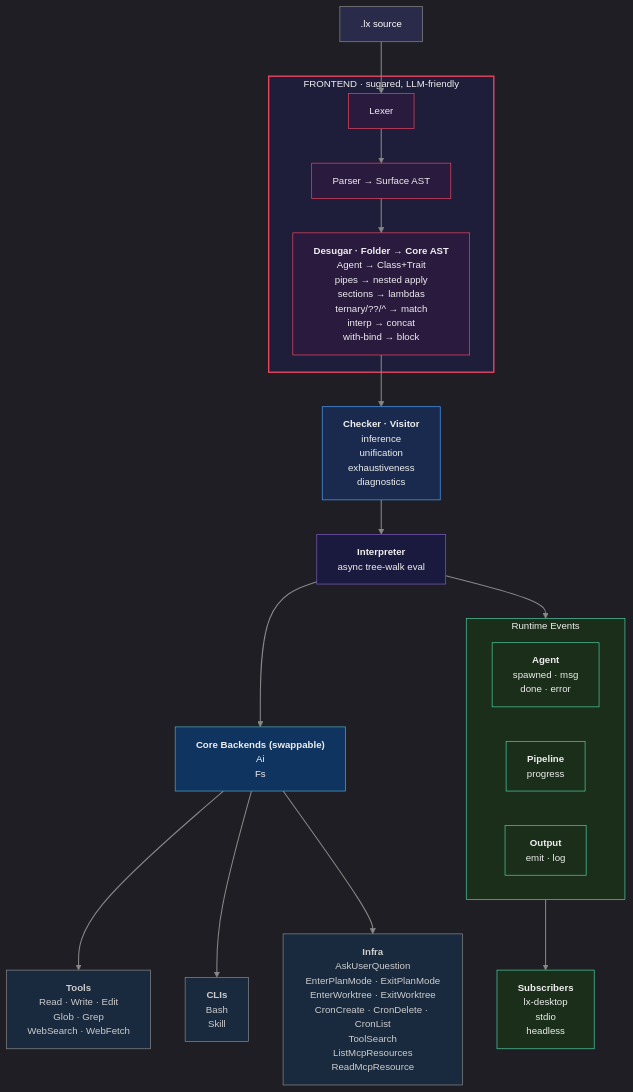
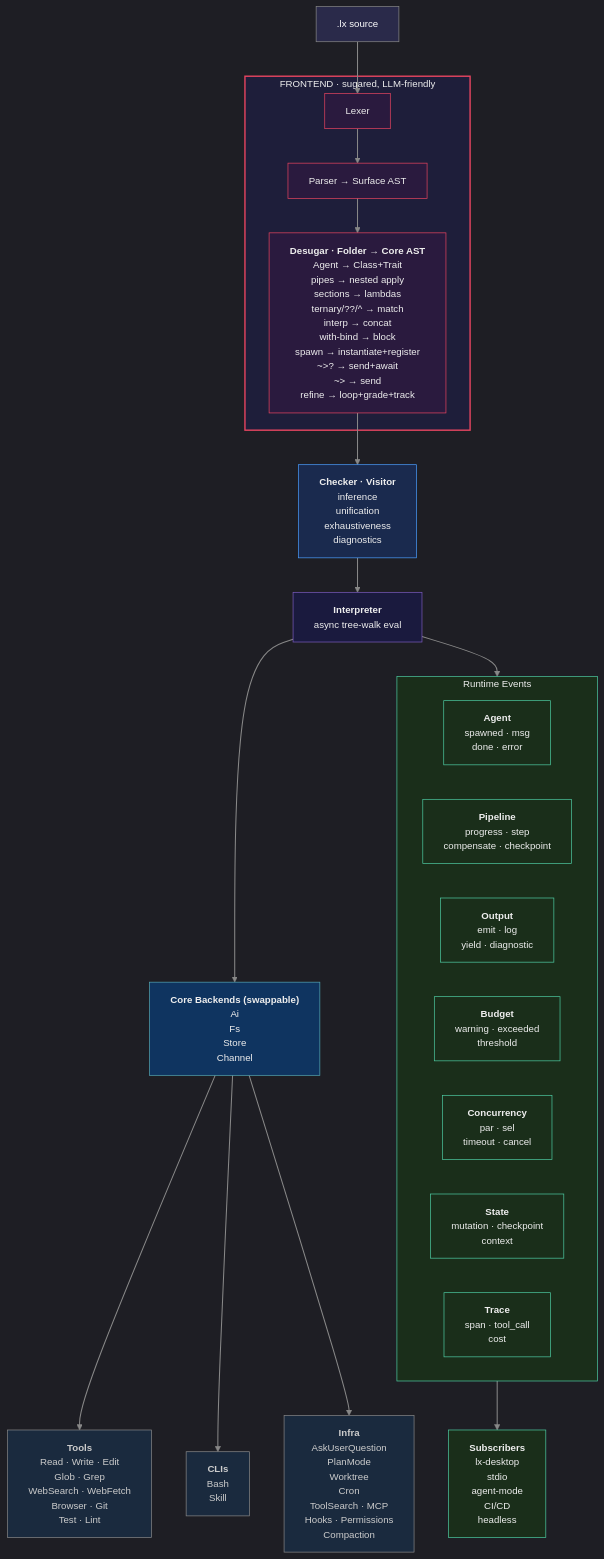
One commit to Distortedlogic/lx changed the diagram in DIAGRAM.mmd. Above: the diagram before and after it, drawn with Mermaid. The commit also changed 2 other files, not shown here.

Commit message:
Update DIAGRAM.mmd, DIAGRAM.png, and fold_stmt.rs

```diff
--- a/DIAGRAM.mmd
+++ b/DIAGRAM.mmd
@@ -1,80 +1,108 @@
 %%{init: {'theme': 'dark', 'themeVariables': {'primaryColor': '#2a2a4a', 'primaryTextColor': '#e0e0e0', 'primaryBorderColor': '#555', 'lineColor': '#888', 'fontSize': '14px', 'fontFamily': 'monospace'}}}%%
 
 graph TD
     source[".lx source"]
 
     subgraph FRONTEND ["FRONTEND · sugared, LLM-friendly"]
         lexer["Lexer"] --> parser["Parser → Surface AST"]
         parser --> desugar["`**Desugar · Folder → Core AST**
 Agent → Class+Trait
 pipes → nested apply
 sections → lambdas
 ternary/??/^ → match
 interp → concat
-with-bind → block`"]
+with-bind → block
+spawn → instantiate+register
+~>? → send+await
+~> → send
+refine → loop+grade+track`"]
     end
 
     source --> lexer
     desugar --> checker["`**Checker · Visitor**
 inference
 unification
 exhaustiveness
 diagnostics`"]
     checker --> interpreter["`**Interpreter**
 async tree-walk eval`"]
 
     interpreter --> backends["`**Core Backends (swappable)**
 Ai
-Fs`"]
+Fs
+Store
+Channel`"]
 
     interpreter --> events
 
     subgraph events ["Runtime Events"]
         evt_agent["`**Agent**
 spawned · msg
 done · error`"]
         evt_pipeline["`**Pipeline**
-progress`"]
+progress · step
+compensate · checkpoint`"]
         evt_output["`**Output**
-emit · log`"]
+emit · log
+yield · diagnostic`"]
+        evt_budget["`**Budget**
+warning · exceeded
+threshold`"]
+        evt_concurrency["`**Concurrency**
+par · sel
+timeout · cancel`"]
+        evt_state["`**State**
+mutation · checkpoint
+context`"]
+        evt_trace["`**Trace**
+span · tool_call
+cost`"]
     end
 
     backends --> tools["`**Tools**
 Read · Write · Edit
 Glob · Grep
-WebSearch · WebFetch`"]
+WebSearch · WebFetch
+Browser · Git
+Test · Lint`"]
     backends --> clis["`**CLIs**
 Bash
 Skill`"]
     backends --> infra["`**Infra**
 AskUserQuestion
-EnterPlanMode · ExitPlanMode
-EnterWorktree · ExitWorktree
-CronCreate · CronDelete · CronList
-ToolSearch
-ListMcpResources
-ReadMcpResource`"]
+PlanMode
+Worktree
+Cron
+ToolSearch · MCP
+Hooks · Permissions
+Compaction`"]
 
     events --> subs["`**Subscribers**
 lx-desktop
 stdio
+agent-mode
+CI/CD
 headless`"]
 
     style FRONTEND fill:#1e1e3a,stroke:#e94560,color:#eee,stroke-width:2px
     style source fill:#2a2a4a,stroke:#888,color:#fff
     style lexer fill:#2a1a3e,stroke:#e94560,color:#eee
     style parser fill:#2a1a3e,stroke:#e94560,color:#eee
     style desugar fill:#2a1a3e,stroke:#e94560,color:#eee
     style checker fill:#1a2a4e,stroke:#4a9eff,color:#eee
     style interpreter fill:#1a1a3e,stroke:#7c5cbf,color:#eee
     style backends fill:#0f3460,stroke:#53a8b6,color:#eee
     style tools fill:#1a2a3e,stroke:#888,color:#ccc
     style clis fill:#1a2a3e,stroke:#888,color:#ccc
     style infra fill:#1a2a3e,stroke:#888,color:#ccc
     style events fill:#1a2e1a,stroke:#4ecca3,color:#eee
     style evt_agent fill:#1a2e1a,stroke:#4ecca3,color:#eee
     style evt_pipeline fill:#1a2e1a,stroke:#4ecca3,color:#eee
     style evt_output fill:#1a2e1a,stroke:#4ecca3,color:#eee
+    style evt_budget fill:#1a2e1a,stroke:#4ecca3,color:#eee
+    style evt_concurrency fill:#1a2e1a,stroke:#4ecca3,color:#eee
+    style evt_state fill:#1a2e1a,stroke:#4ecca3,color:#eee
+    style evt_trace fill:#1a2e1a,stroke:#4ecca3,color:#eee
     style subs fill:#1a2e1a,stroke:#4ecca3,color:#eee
 
     linkStyle default stroke:#888,stroke-width:1.5px
```
